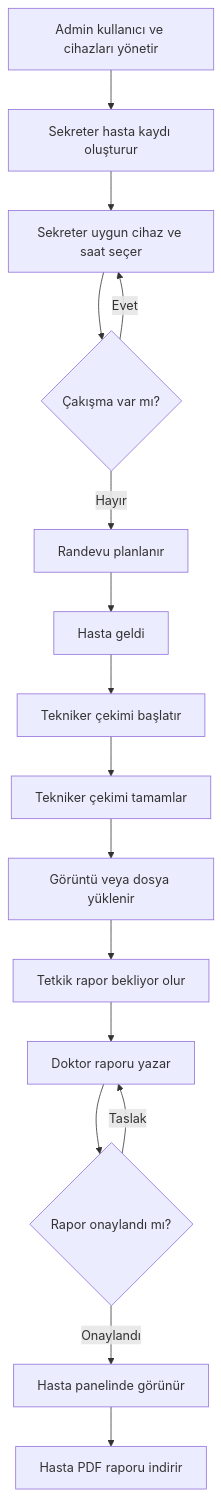
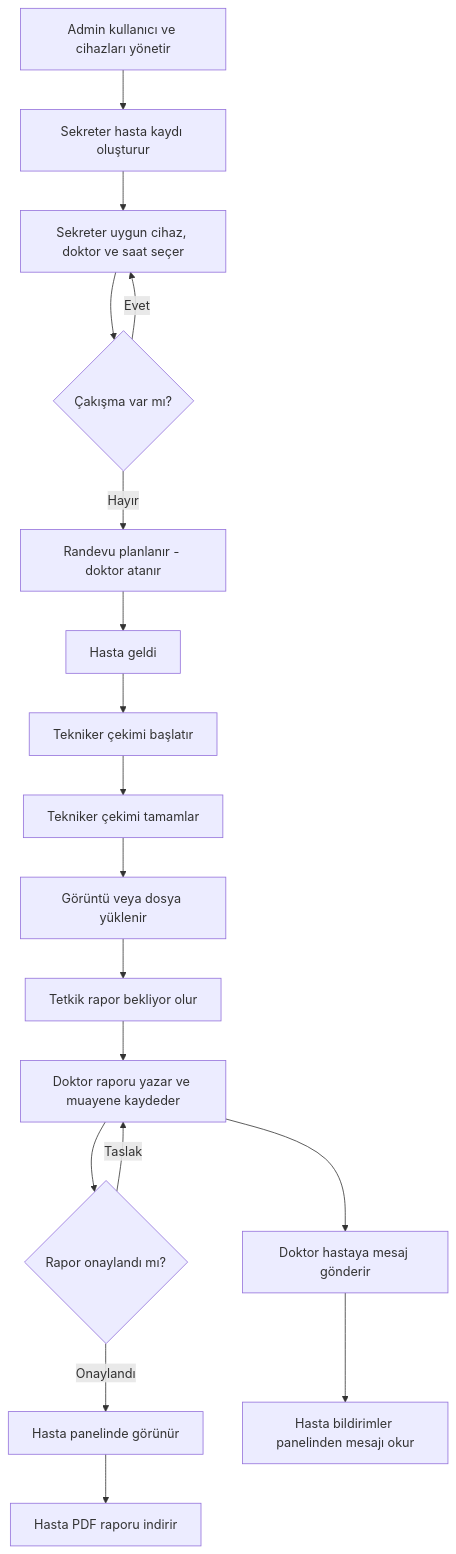
Before and after one commit to Yavuz0707/Hastane-Otomasyon-Sistemi: the first of 3 diagrams in README.md, drawn with Mermaid. The commit also changed other lines of this file and 24 other files, not shown here.

First line of the commit message:
feat: mesajlaşma, doktor atama, hasta bildirimleri ve README güncellemesi

````diff
--- a/README.md
+++ b/README.md
@@ -114,18 +133,20 @@
 ```mermaid
 flowchart TD
   A[Admin kullanıcı ve cihazları yönetir] --> B[Sekreter hasta kaydı oluşturur]
-  B --> C[Sekreter uygun cihaz ve saat seçer]
+  B --> C[Sekreter uygun cihaz, doktor ve saat seçer]
   C --> D{Çakışma var mı?}
   D -- Evet --> C
-  D -- Hayır --> E[Randevu planlanır]
+  D -- Hayır --> E[Randevu planlanır - doktor atanır]
   E --> F[Hasta geldi]
   F --> G[Tekniker çekimi başlatır]
   G --> H[Tekniker çekimi tamamlar]
   H --> I[Görüntü veya dosya yüklenir]
   I --> J[Tetkik rapor bekliyor olur]
-  J --> K[Doktor raporu yazar]
+  J --> K[Doktor raporu yazar ve muayene kaydeder]
   K --> L{Rapor onaylandı mı?}
   L -- Taslak --> K
   L -- Onaylandı --> M[Hasta panelinde görünür]
   M --> N[Hasta PDF raporu indirir]
+  K --> O[Doktor hastaya mesaj gönderir]
+  O --> P[Hasta bildirimler panelinden mesajı okur]
 ```
````
